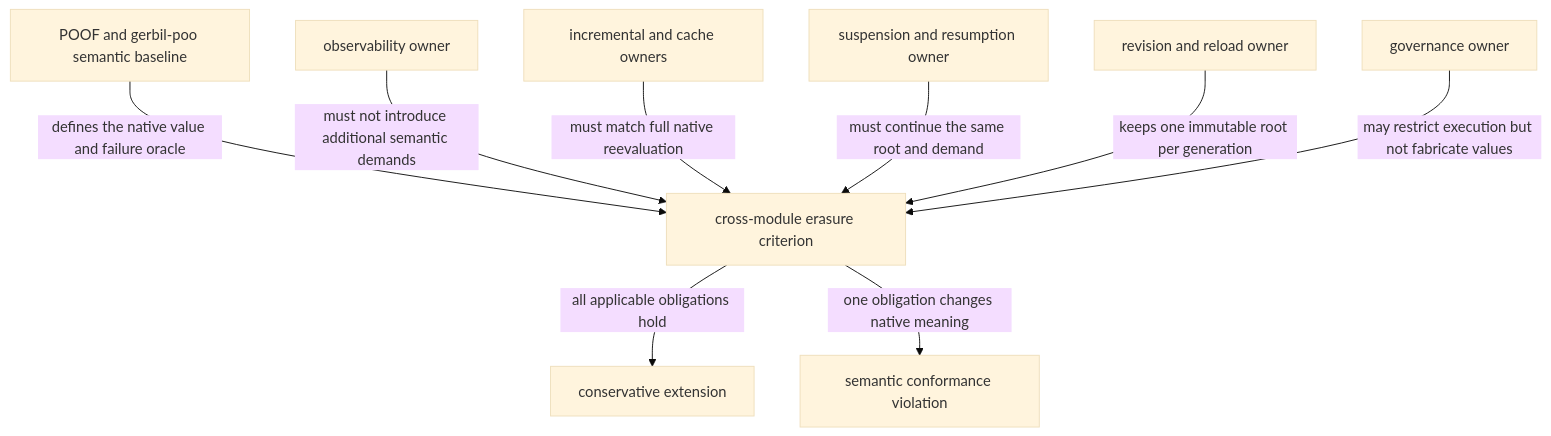
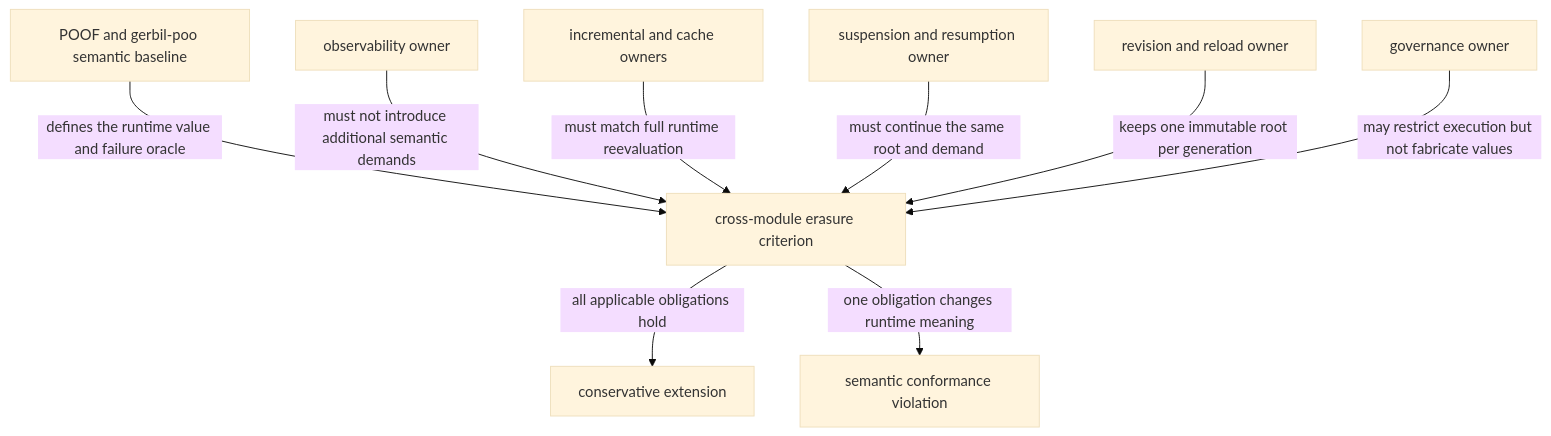
The second of 2 diagrams in module-system/design/45-86-poo-conservative-extension-criterion-and-cross-module-obligations.org (tao3k/gebril-yuanxu), drawn with Mermaid (base theme) before and after one commit. The commit also changed other lines of this file and 1469 other files, not shown here.

First line of the commit message:
refactor: consolidate module runtime and build interfaces

```diff
--- a/module-system/design/45-86-poo-conservative-extension-criterion-and-cross-module-obligations.org
+++ b/module-system/design/45-86-poo-conservative-extension-criterion-and-cross-module-obligations.org
@@ -393,11 +393,11 @@
 #+begin_src mermaid
 flowchart TD
-    BASE["POOF and gerbil-poo semantic baseline"] -->|"defines the native value and failure oracle"| ERASE["cross-module erasure criterion"]
+    BASE["POOF and gerbil-poo semantic baseline"] -->|"defines the runtime value and failure oracle"| ERASE["cross-module erasure criterion"]
     OBS["observability owner"] -->|"must not introduce additional semantic demands"| ERASE
-    CACHE["incremental and cache owners"] -->|"must match full native reevaluation"| ERASE
+    CACHE["incremental and cache owners"] -->|"must match full runtime reevaluation"| ERASE
     SUSPEND["suspension and resumption owner"] -->|"must continue the same root and demand"| ERASE
     ROOT["revision and reload owner"] -->|"keeps one immutable root per generation"| ERASE
     GOVERN["governance owner"] -->|"may restrict execution but not fabricate values"| ERASE
     ERASE -->|"all applicable obligations hold"| CONFORM["conservative extension"]
-    ERASE -->|"one obligation changes native meaning"| VIOLATION["semantic conformance violation"]
+    ERASE -->|"one obligation changes runtime meaning"| VIOLATION["semantic conformance violation"]
 #+end_src
```
